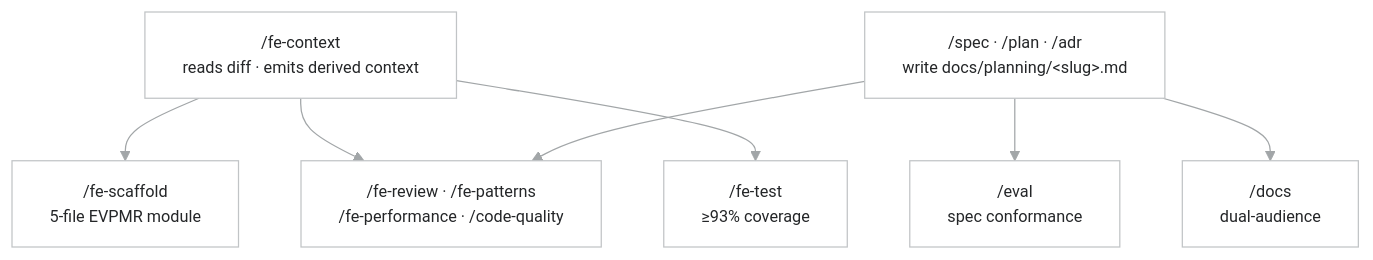
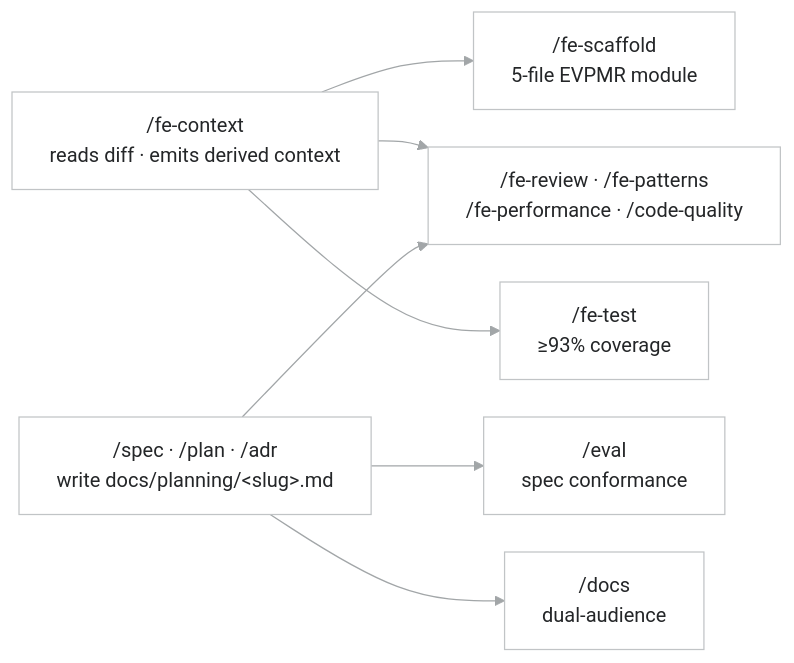
Before and after one commit to raditia/CraftKit: diagram 16 of 17 in README.md, drawn with Mermaid. The commit also changed other lines of this file, not shown here.

First line of the commit message:
docs: make README diagrams readable at GitHub width

````diff
--- a/README.md
+++ b/README.md
@@ -1246,31 +1279,33 @@
 ```mermaid
 ---
 config:
   theme: base
   look: classic
   fontFamily: "-apple-system, BlinkMacSystemFont, Segoe UI, Helvetica, Arial, sans-serif"
   themeVariables:
     fontFamily: "-apple-system, BlinkMacSystemFont, Segoe UI, Helvetica, Arial, sans-serif"
-    fontSize: 13px
+    fontSize: 16px
     primaryColor: "#FFFFFF"
     primaryBorderColor: "#C1C4C6"
     primaryTextColor: "#242628"
     lineColor: "#A2A6A8"
     clusterBkg: "#F5FBFF"
     clusterBorder: "#F0F1F2"
     titleColor: "#707577"
     edgeLabelBackground: "#FFFFFF"
   flowchart:
     curve: basis
-    wrappingWidth: 640
+    wrappingWidth: 240
+    nodeSpacing: 30
+    rankSpacing: 40
 ---
-flowchart TD
-    A["/fe-context\nreads diff · emits derived context"]
-    P["/spec · /plan · /adr\nwrite docs/planning/&lt;slug&gt;.md"]
-    A --> B["/fe-scaffold\n5-file EVPMR module"]
-    A --> C["/fe-review · /fe-patterns\n/fe-performance · /code-quality"]
-    A --> D["/fe-test\n≥93% coverage"]
+flowchart LR
+    A["/fe-context<br/>reads diff · emits derived context"]
+    P["/spec · /plan · /adr<br/>write docs/planning/&lt;slug&gt;.md"]
+    A --> B["/fe-scaffold<br/>5-file EVPMR module"]
+    A --> C["/fe-review · /fe-patterns<br/>/fe-performance · /code-quality"]
+    A --> D["/fe-test<br/>≥93% coverage"]
     P --> C
-    P --> E["/eval\nspec conformance"]
-    P --> F["/docs\ndual-audience"]
+    P --> E["/eval<br/>spec conformance"]
+    P --> F["/docs<br/>dual-audience"]
 ```
````
